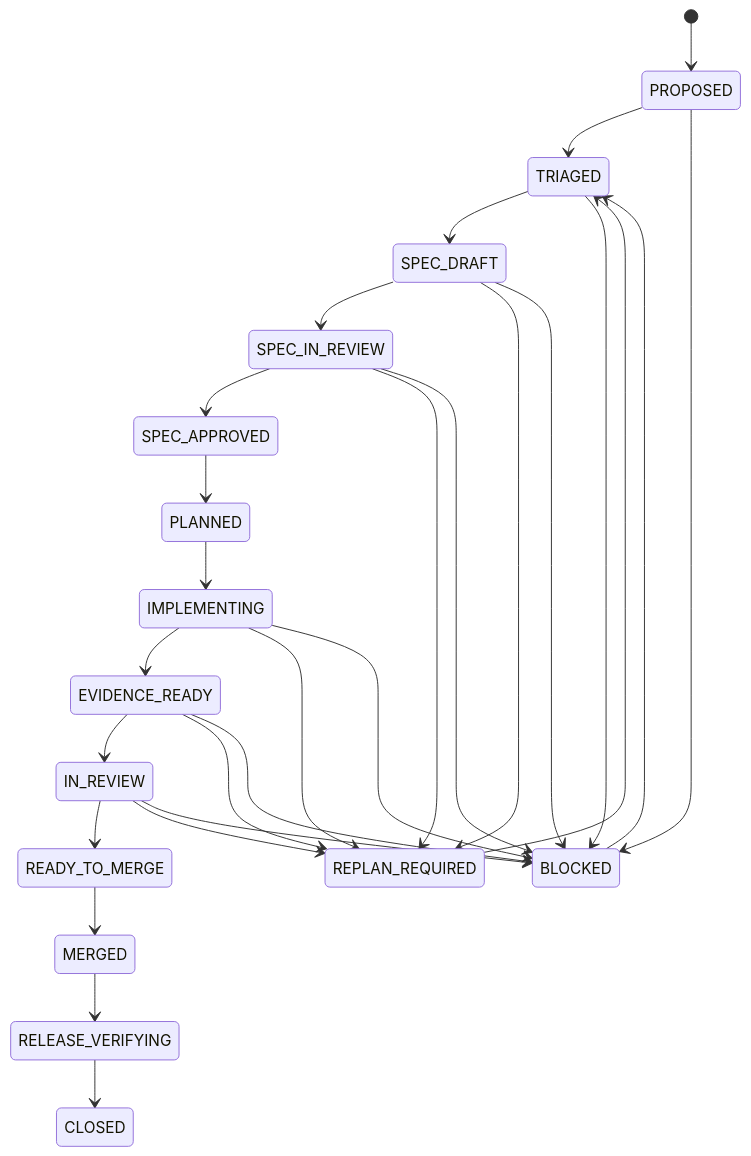
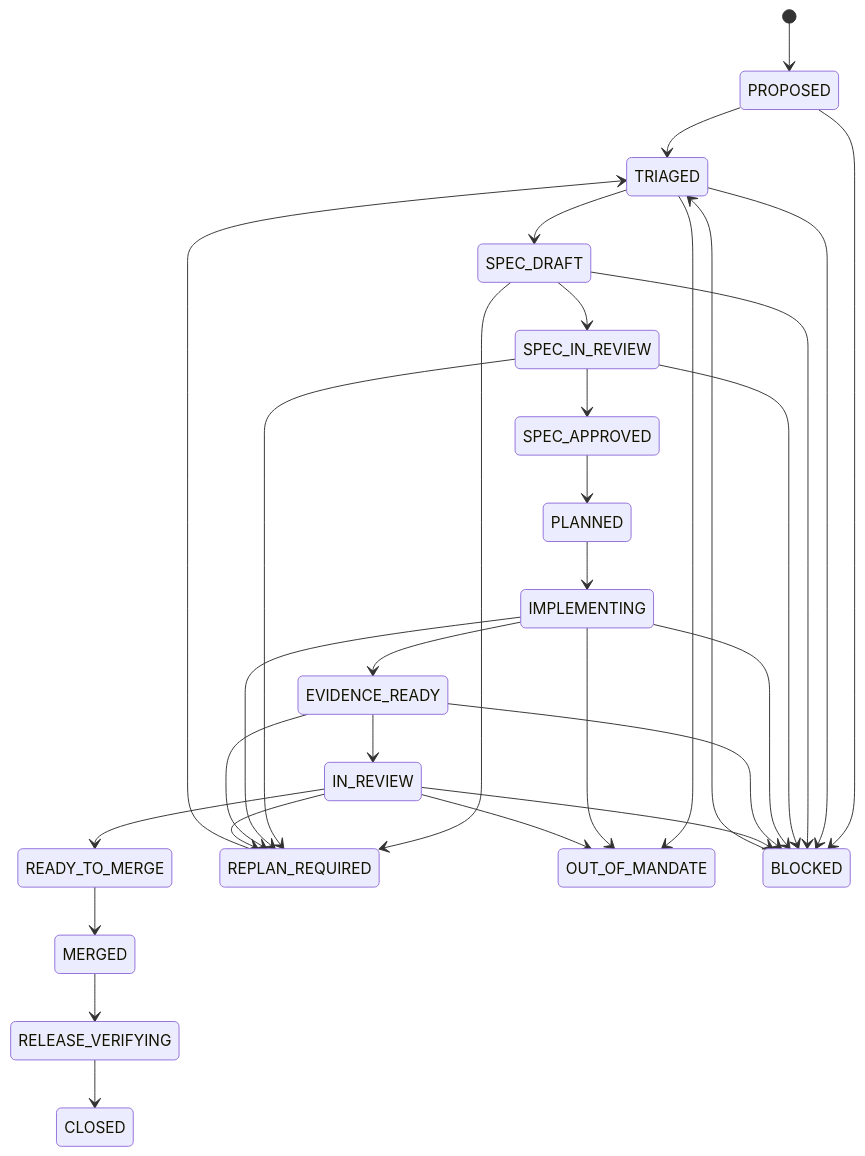
The diagram in docs/github-development-ssot.md (lsq1030757028/Pytest-playwright-e2e), drawn with Mermaid before and after one commit. The commit also changed other lines of this file and 13 other files, not shown here.

````diff
--- a/docs/github-development-ssot.md
+++ b/docs/github-development-ssot.md
@@ -149,32 +209,36 @@
 ```mermaid
 stateDiagram-v2
     [*] --> PROPOSED
     PROPOSED --> TRIAGED
     TRIAGED --> SPEC_DRAFT
     SPEC_DRAFT --> SPEC_IN_REVIEW
     SPEC_IN_REVIEW --> SPEC_APPROVED
     SPEC_APPROVED --> PLANNED
     PLANNED --> IMPLEMENTING
     IMPLEMENTING --> EVIDENCE_READY
     EVIDENCE_READY --> IN_REVIEW
     IN_REVIEW --> READY_TO_MERGE
     READY_TO_MERGE --> MERGED
     MERGED --> RELEASE_VERIFYING
     RELEASE_VERIFYING --> CLOSED
 
     SPEC_DRAFT --> REPLAN_REQUIRED
     SPEC_IN_REVIEW --> REPLAN_REQUIRED
     IMPLEMENTING --> REPLAN_REQUIRED
     EVIDENCE_READY --> REPLAN_REQUIRED
     IN_REVIEW --> REPLAN_REQUIRED
     REPLAN_REQUIRED --> TRIAGED
 
+    TRIAGED --> OUT_OF_MANDATE
+    IMPLEMENTING --> OUT_OF_MANDATE
+    IN_REVIEW --> OUT_OF_MANDATE
+
     PROPOSED --> BLOCKED
     TRIAGED --> BLOCKED
     SPEC_DRAFT --> BLOCKED
     SPEC_IN_REVIEW --> BLOCKED
     IMPLEMENTING --> BLOCKED
     EVIDENCE_READY --> BLOCKED
     IN_REVIEW --> BLOCKED
     BLOCKED --> TRIAGED
 ```
````
